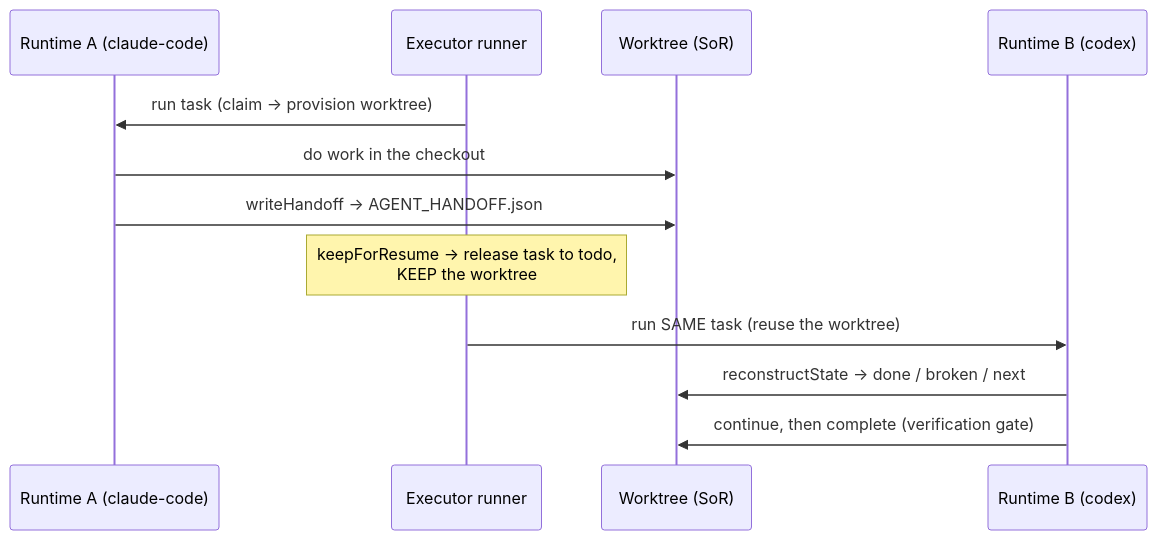
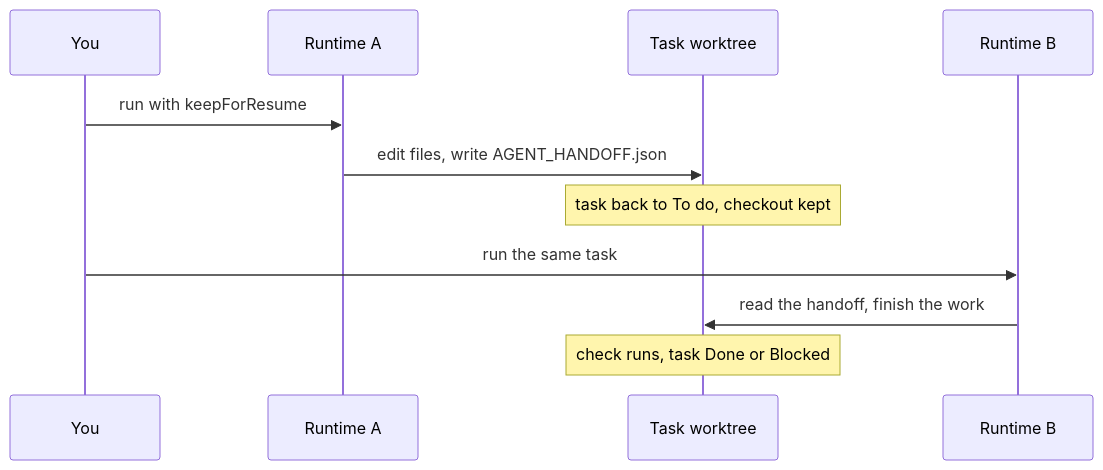
One commit to clawboo/clawboo changed the diagram in docs/guides/cross-runtime-handoff.md. Above: the diagram before and after it, drawn with Mermaid. The commit also changed other lines of this file and 86 other files, not shown here.

````diff
--- a/docs/guides/cross-runtime-handoff.md
+++ b/docs/guides/cross-runtime-handoff.md
@@ -24,15 +43,13 @@
 ```mermaid
 sequenceDiagram
-    participant A as Runtime A (claude-code)
-    participant R as Executor runner
-    participant W as Worktree (SoR)
-    participant B as Runtime B (codex)
-
-    R->>A: run task (claim → provision worktree)
-    A->>W: do work in the checkout
-    A->>W: writeHandoff → AGENT_HANDOFF.json
-    Note over R: keepForResume → release task to todo,<br/>KEEP the worktree
-    R->>B: run SAME task (reuse the worktree)
-    B->>W: reconstructState → done / broken / next
-    B->>W: continue, then complete (verification gate)
+    participant You
+    participant A as Runtime A
+    participant W as Task worktree
+    participant B as Runtime B
+    You->>A: run with keepForResume
+    A->>W: edit files, write AGENT_HANDOFF.json
+    Note over W: task back to To do, checkout kept
+    You->>B: run the same task
+    B->>W: read the handoff, finish the work
+    Note over W: check runs, task Done or Blocked
 ```
````
